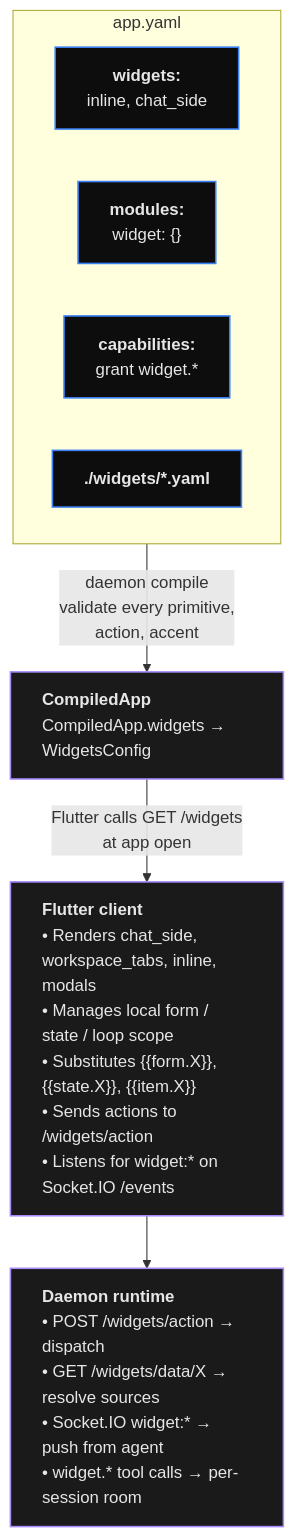
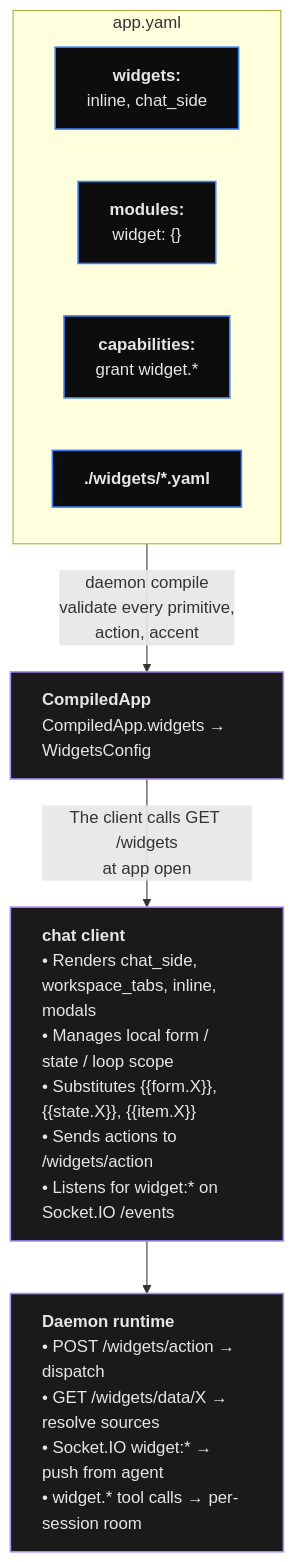
The first of 2 diagrams in docs-site/docs/concepts/widgets.md (mbathe/digitorn-bridge), drawn with Mermaid before and after one commit. The commit also changed other lines of this file and 144 other files, not shown here.

````diff
--- a/docs-site/docs/concepts/widgets.md
+++ b/docs-site/docs/concepts/widgets.md
@@ -19,16 +19,16 @@
 ```mermaid
 flowchart TD
     subgraph yaml ["app.yaml"]
         widgets["<b>widgets:</b><br/>inline, chat_side"]
         modules["<b>modules:</b><br/>widget: {}"]
         caps["<b>capabilities:</b><br/>grant widget.*"]
         files["<b>./widgets/*.yaml</b>"]
     end
     yaml -- "daemon compile<br/>validate every primitive,<br/>action, accent" --> compiled["<b>CompiledApp</b><br/>CompiledApp.widgets → WidgetsConfig"]
-    compiled -- "Flutter calls GET /widgets<br/>at app open" --> client["<b>Flutter client</b><br/>• Renders chat_side, workspace_tabs, inline, modals<br/>• Manages local form / state / loop scope<br/>• Substitutes {{form.X}}, {{state.X}}, {{item.X}}<br/>• Sends actions to /widgets/action<br/>• Listens for widget:* on Socket.IO /events"]
+    compiled -- "The client calls GET /widgets<br/>at app open" --> client["<b>chat client</b><br/>• Renders chat_side, workspace_tabs, inline, modals<br/>• Manages local form / state / loop scope<br/>• Substitutes {{form.X}}, {{state.X}}, {{item.X}}<br/>• Sends actions to /widgets/action<br/>• Listens for widget:* on Socket.IO /events"]
     client --> daemon["<b>Daemon runtime</b><br/>• POST /widgets/action → dispatch<br/>• GET /widgets/data/X → resolve sources<br/>• Socket.IO widget:* → push from agent<br/>• widget.* tool calls → per-session room"]
     classDef block fill:#1a1a1a,stroke:#A78BFA,stroke-width:1.5px,color:#E6E6E6,text-align:left;
     classDef sub fill:#0d0d0d,stroke:#3B82F6,stroke-width:1.5px,color:#E6E6E6;
     class compiled,client,daemon block;
     class widgets,modules,caps,files sub;
 ```
````
